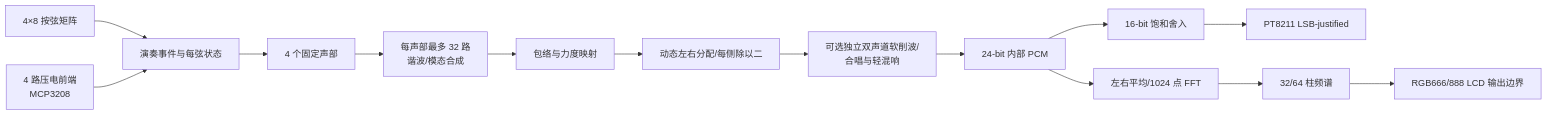
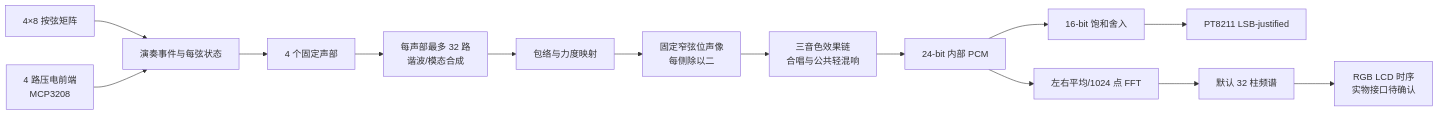
One commit to Keyi-1/xinxian-fpga-guitar changed the diagram in README.md. Above: the diagram before and after it, drawn with Mermaid. The commit also changed other lines of this file and 2 other files, not shown here.

````diff
--- a/README.md
+++ b/README.md
@@ -387,16 +413,16 @@
 ```mermaid
 flowchart LR
     A[4×8 按弦矩阵] --> C[演奏事件与每弦状态]
     B[4 路压电前端<br/>MCP3208] --> C
     C --> D[4 个固定声部]
     D --> E[每声部最多 32 路<br/>谐波/模态合成]
     E --> F[包络与力度映射]
-    F --> G[动态左右分配/每侧除以二]
-    G --> H[可选独立双声道软削波/<br/>合唱与轻混响]
+    F --> G[固定窄弦位声像<br/>每侧除以二]
+    G --> H[三音色效果链<br/>合唱与公共轻混响]
     H --> I[24-bit 内部 PCM]
     I --> J[16-bit 饱和舍入]
     J --> K[PT8211 LSB-justified]
     I --> L[左右平均/1024 点 FFT]
-    L --> M[32/64 柱频谱]
-    M --> N[RGB666/888 LCD 输出边界]
+    L --> M[默认 32 柱频谱]
+    M --> N[RGB LCD 时序<br/>实物接口待确认]
 ```
````
